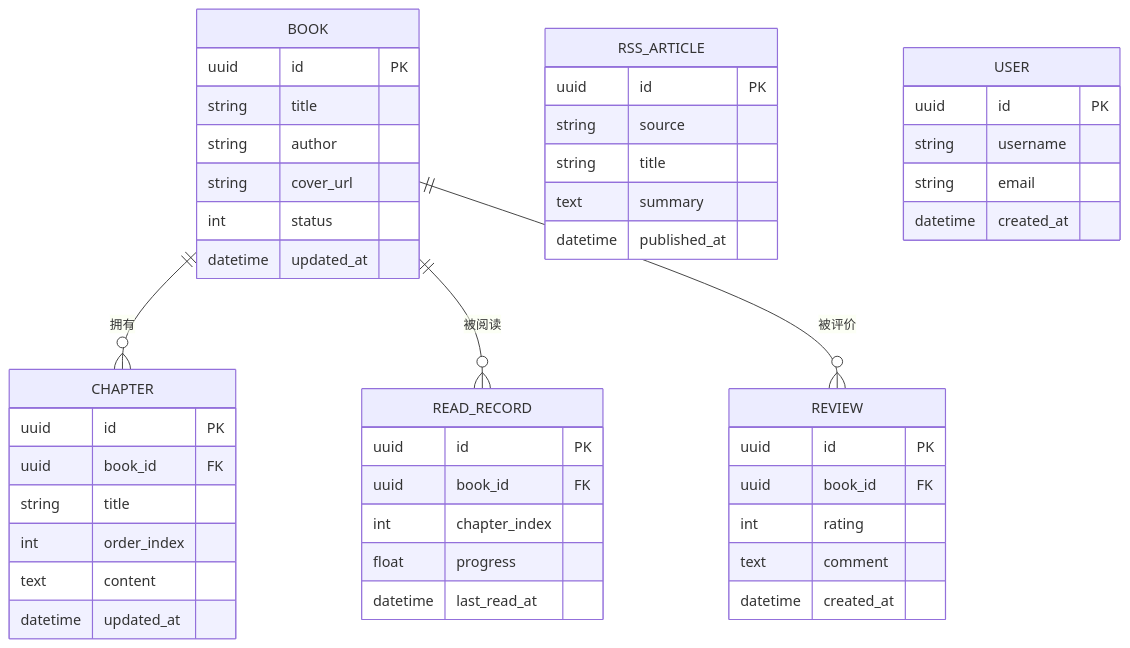
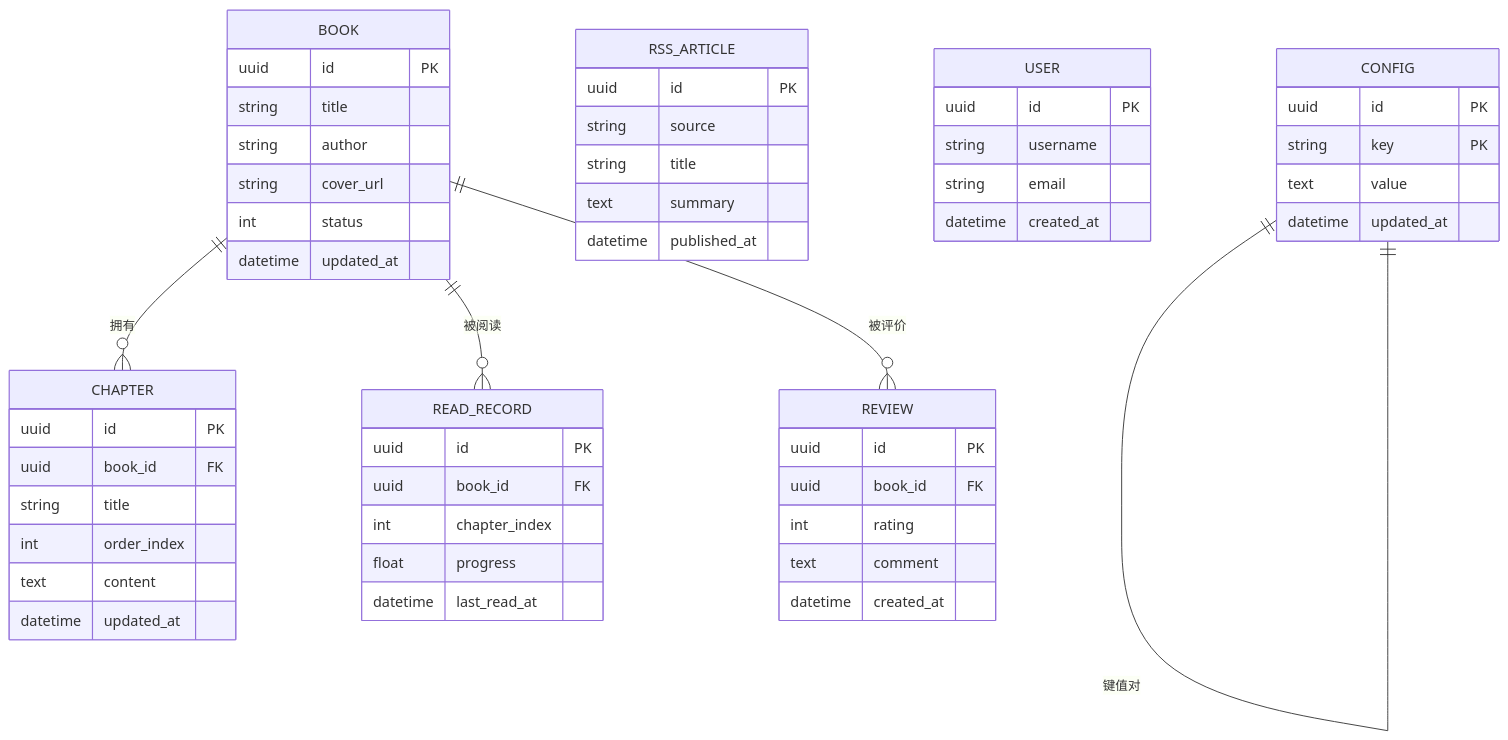
The fourth of 8 diagrams in .qoder/repowiki/zh/content/Flutter跨平台应用/数据持久化.md (ZhangGHGitHub/LegadoTeamFlutter), drawn with Mermaid before and after one commit. The commit also changed other lines of this file and 173 other files, not shown here.

````diff
--- a/.qoder/repowiki/zh/content/Flutter跨平台应用/数据持久化.md
+++ b/.qoder/repowiki/zh/content/Flutter跨平台应用/数据持久化.md
@@ -244,49 +333,56 @@
 ```mermaid
 erDiagram
 BOOK {
 uuid id PK
 string title
 string author
 string cover_url
 int status
 datetime updated_at
 }
 CHAPTER {
 uuid id PK
 uuid book_id FK
 string title
 int order_index
 text content
 datetime updated_at
 }
 READ_RECORD {
 uuid id PK
 uuid book_id FK
 int chapter_index
 float progress
 datetime last_read_at
 }
 REVIEW {
 uuid id PK
 uuid book_id FK
 int rating
 text comment
 datetime created_at
 }
 RSS_ARTICLE {
 uuid id PK
 string source
 string title
 text summary
 datetime published_at
 }
 USER {
 uuid id PK
 string username
 string email
 datetime created_at
 }
+CONFIG {
+uuid id PK
+string key PK
+text value
+datetime updated_at
+}
 BOOK ||--o{ CHAPTER : "拥有"
 BOOK ||--o{ READ_RECORD : "被阅读"
 BOOK ||--o{ REVIEW : "被评价"
+CONFIG ||--|| CONFIG : "键值对"
 ```
````
